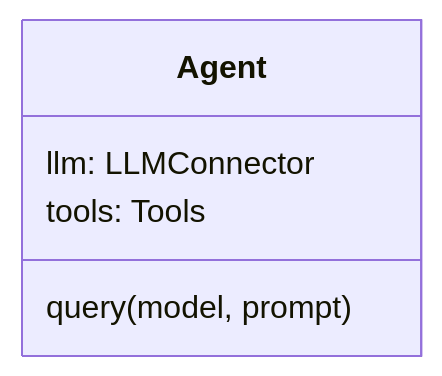
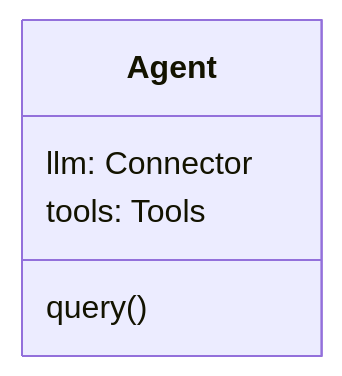
The first of 2 diagrams in design/architecture.md (maozy13/walle), drawn with Mermaid before and after one commit. The commit also changed other lines of this file and 12 other files, not shown here.

````diff
--- a/design/architecture.md
+++ b/design/architecture.md
@@ -12,9 +9,9 @@
 ```mermaid
 classDiagram
 
 class Agent {
-    llm: LLMConnector
+    llm: Connector
     tools: Tools
-    query(model, prompt)
+    query()
 }
 ```
````
